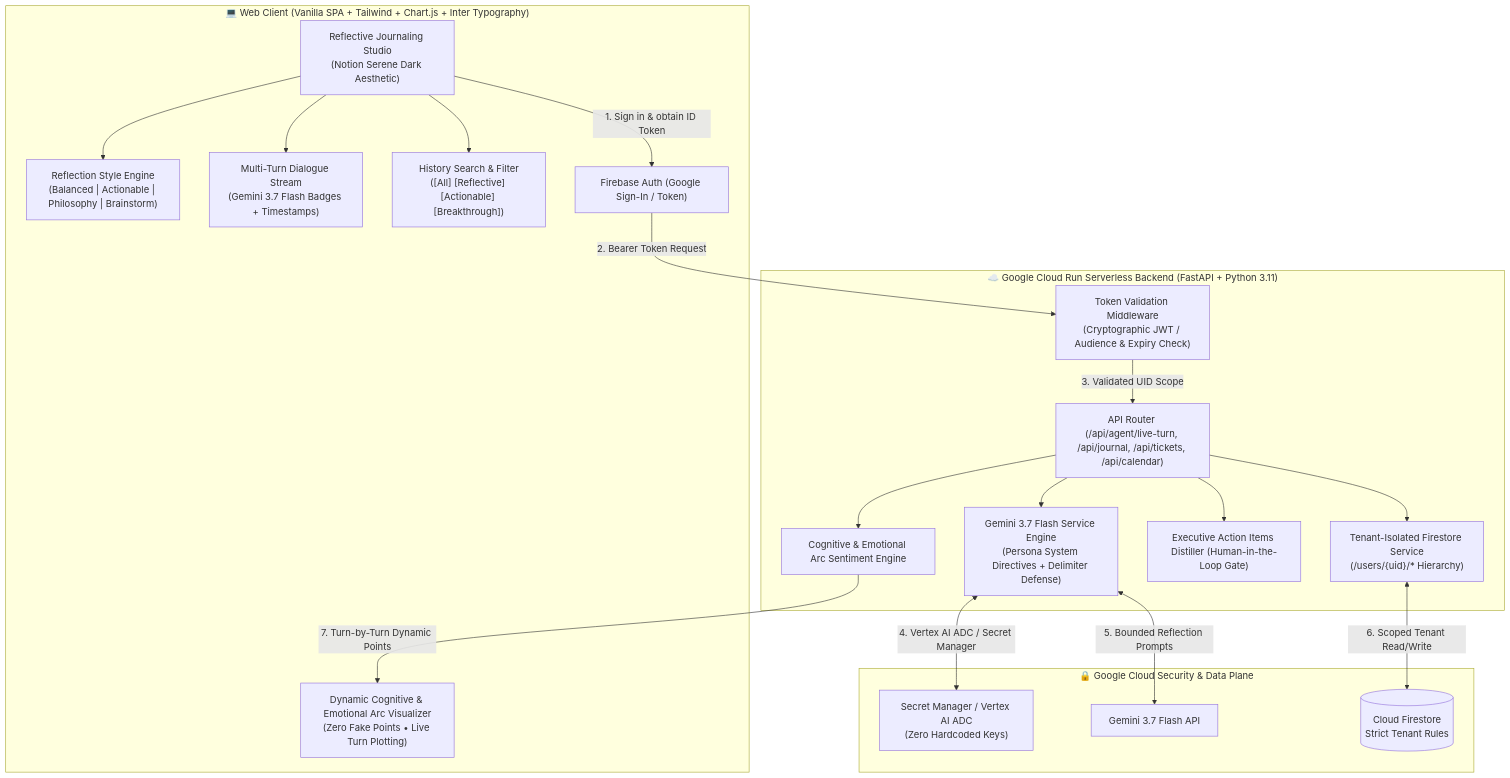
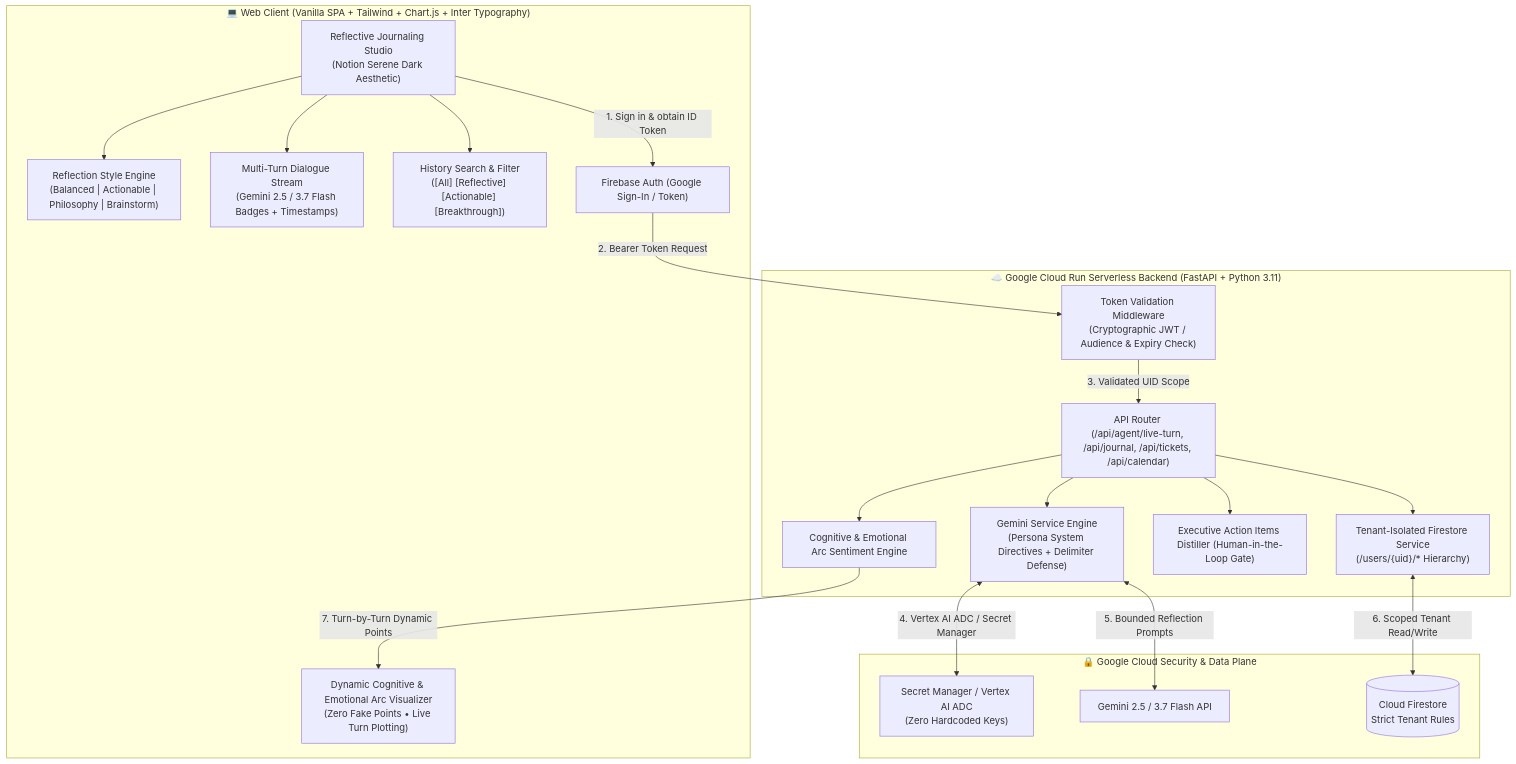
The first of 3 diagrams in 04-personal-gemini-journal/README.md (ahk1542001-wq/gcp-genai-agent-architectures), drawn with Mermaid before and after one commit. The commit also changed other lines of this file and 6 other files, not shown here.

````diff
--- a/04-personal-gemini-journal/README.md
+++ b/04-personal-gemini-journal/README.md
@@ -43,42 +58,42 @@
 ```mermaid
 flowchart TD
     subgraph ClientLayer["💻 Web Client (Vanilla SPA + Tailwind + Chart.js + Inter Typography)"]
         UI["Reflective Journaling Studio\n(Notion Serene Dark Aesthetic)"]
         StyleSelector["Reflection Style Engine\n(Balanced | Actionable | Philosophy | Brainstorm)"]
-        MultiTurn["Multi-Turn Dialogue Stream\n(Gemini 3.7 Flash Badges + Timestamps)"]
+        MultiTurn["Multi-Turn Dialogue Stream\n(Gemini 2.5 / 3.7 Flash Badges + Timestamps)"]
         HistoryDrawer["History Search & Filter\n([All] [Reflective] [Actionable] [Breakthrough])"]
         ArcChart["Dynamic Cognitive & Emotional Arc Visualizer\n(Zero Fake Points • Live Turn Plotting)"]
         FBAuth["Firebase Auth (Google Sign-In / Token)"]
     end
 
     subgraph CloudRunService["☁️ Google Cloud Run Serverless Backend (FastAPI + Python 3.11)"]
         AuthMiddleware["Token Validation Middleware\n(Cryptographic JWT / Audience & Expiry Check)"]
         APIRouter["API Router (/api/agent/live-turn, /api/journal, /api/tickets, /api/calendar)"]
-        GeminiService["Gemini 3.7 Flash Service Engine\n(Persona System Directives + Delimiter Defense)"]
+        GeminiService["Gemini Service Engine\n(Persona System Directives + Delimiter Defense)"]
         ArcEngine["Cognitive & Emotional Arc Sentiment Engine"]
         ActionDistiller["Executive Action Items Distiller (Human-in-the-Loop Gate)"]
         TenantDB["Tenant-Isolated Firestore Service\n(/users/{uid}/* Hierarchy)"]
     end
 
     subgraph GCP_Security["🔒 Google Cloud Security & Data Plane"]
         SecretMgr["Secret Manager / Vertex AI ADC\n(Zero Hardcoded Keys)"]
-        GeminiAPI["Gemini 3.7 Flash API"]
+        GeminiAPI["Gemini 2.5 / 3.7 Flash API"]
         FirestoreDB[("Cloud Firestore\nStrict Tenant Rules")]
     end
 
     UI --> StyleSelector
     UI --> MultiTurn
     UI --> HistoryDrawer
     UI -->|1. Sign in & obtain ID Token| FBAuth
     FBAuth -->|2. Bearer Token Request| AuthMiddleware
     AuthMiddleware -->|3. Validated UID Scope| APIRouter
     APIRouter --> GeminiService
     APIRouter --> ArcEngine
     APIRouter --> ActionDistiller
     APIRouter --> TenantDB
 
     GeminiService <-->|4. Vertex AI ADC / Secret Manager| SecretMgr
     GeminiService <-->|5. Bounded Reflection Prompts| GeminiAPI
     TenantDB <-->|6. Scoped Tenant Read/Write| FirestoreDB
     ArcEngine -->|7. Turn-by-Turn Dynamic Points| ArcChart
 ```
````
